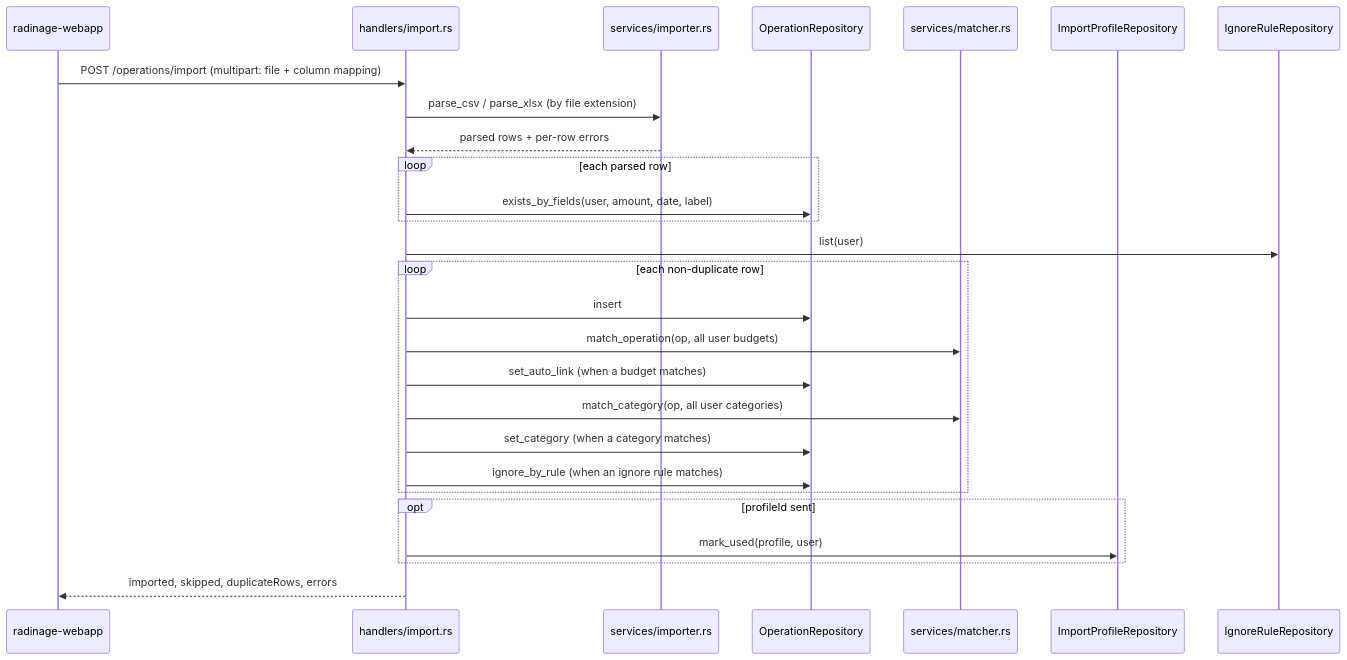
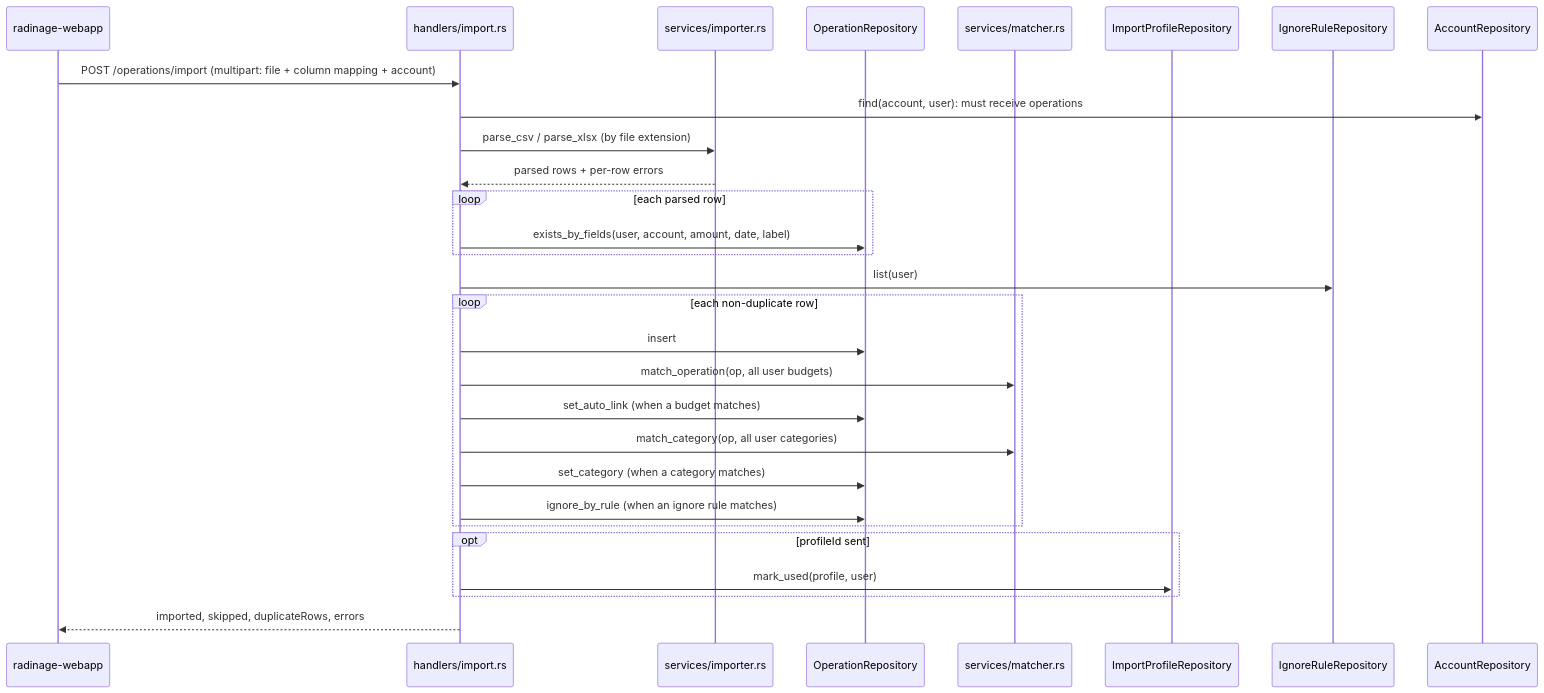
Before and after one commit to leroyguillaume/radinage: the second of 2 diagrams in ARCHITECTURE.md, drawn with Mermaid. The commit also changed other lines of this file and 56 other files, not shown here.

````diff
--- a/ARCHITECTURE.md
+++ b/ARCHITECTURE.md
@@ -106,29 +107,31 @@
 ```mermaid
 sequenceDiagram
     participant SPA as radinage-webapp
     participant H as handlers/import.rs
     participant I as services/importer.rs
     participant R as OperationRepository
     participant M as services/matcher.rs
     participant P as ImportProfileRepository
     participant G as IgnoreRuleRepository
-    SPA->>H: POST /operations/import (multipart: file + column mapping)
+    participant A as AccountRepository
+    SPA->>H: POST /operations/import (multipart: file + column mapping + account)
+    H->>A: find(account, user): must receive operations
     H->>I: parse_csv / parse_xlsx (by file extension)
     I-->>H: parsed rows + per-row errors
     loop each parsed row
-        H->>R: exists_by_fields(user, amount, date, label)
+        H->>R: exists_by_fields(user, account, amount, date, label)
     end
     H->>G: list(user)
     loop each non-duplicate row
         H->>R: insert
         H->>M: match_operation(op, all user budgets)
         H->>R: set_auto_link (when a budget matches)
         H->>M: match_category(op, all user categories)
         H->>R: set_category (when a category matches)
         H->>R: ignore_by_rule (when an ignore rule matches)
     end
     opt profileId sent
         H->>P: mark_used(profile, user)
     end
     H-->>SPA: imported, skipped, duplicateRows, errors
 ```
````
